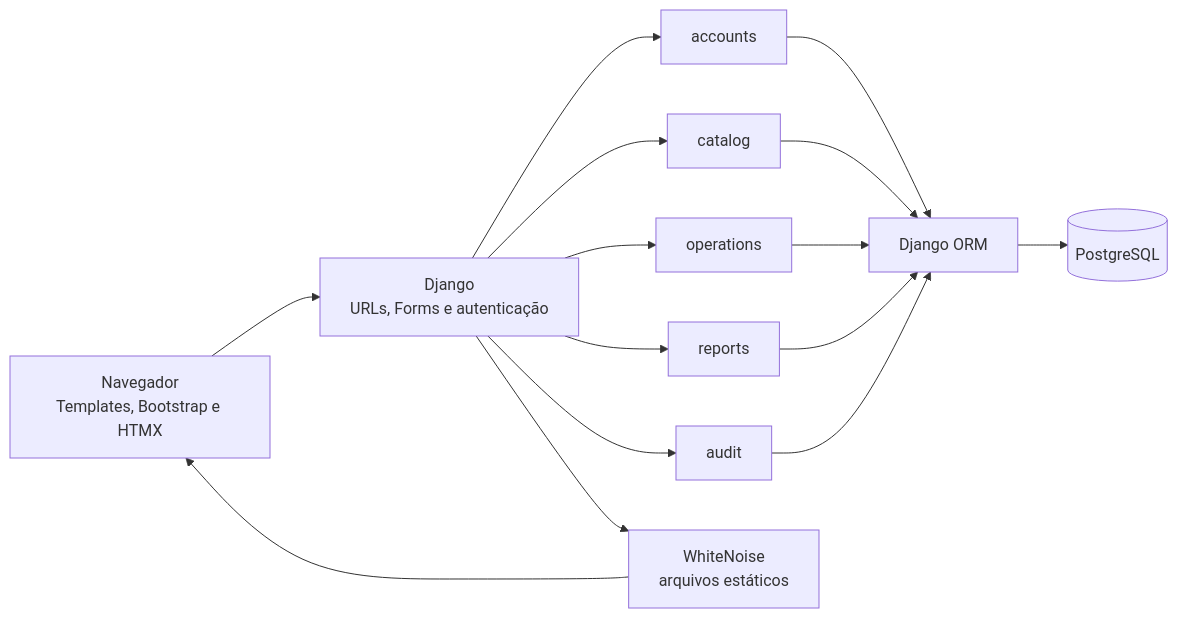
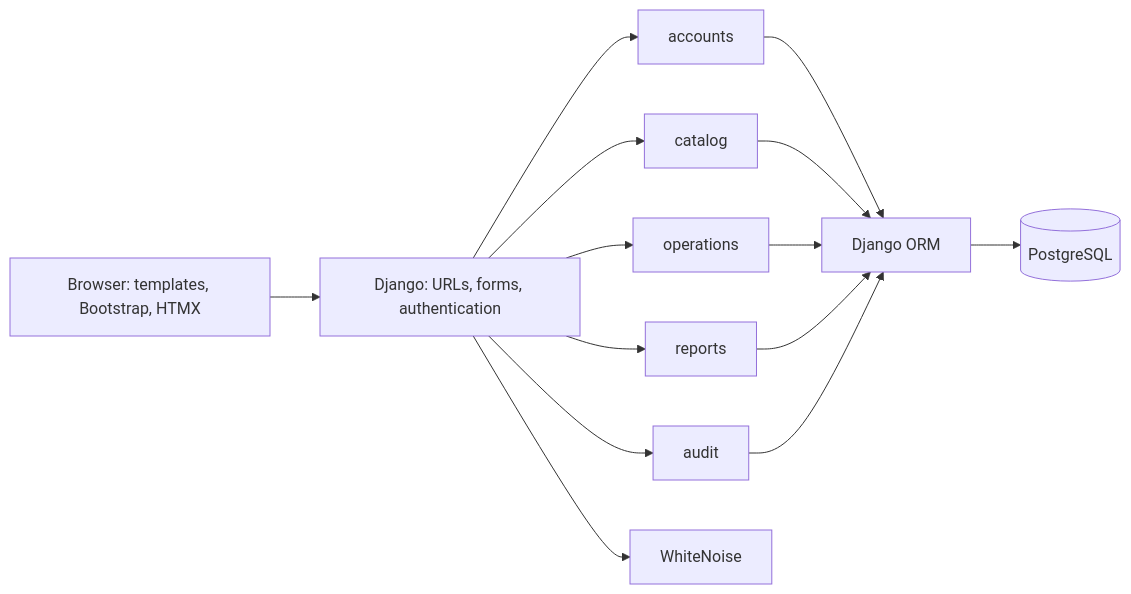
The diagram in README.md (RMBarros-Dev/Olokuti-Digital), drawn with Mermaid before and after one commit. The commit also changed other lines of this file, not shown here.

````diff
--- a/README.md
+++ b/README.md
@@ -84,17 +78,16 @@
 ```mermaid
 flowchart LR
-    Browser[Navegador<br/>Templates, Bootstrap e HTMX] --> Django[Django<br/>URLs, Forms e autenticação]
-    Django --> Accounts[accounts]
-    Django --> Catalog[catalog]
-    Django --> Operations[operations]
-    Django --> Reports[reports]
-    Django --> Audit[audit]
-    Accounts --> ORM[Django ORM]
-    Catalog --> ORM
-    Operations --> ORM
-    Reports --> ORM
-    Audit --> ORM
-    ORM --> PostgreSQL[(PostgreSQL)]
-    Django --> WhiteNoise[WhiteNoise<br/>arquivos estáticos]
-    WhiteNoise --> Browser
+  Browser[Browser: templates, Bootstrap, HTMX] --> Django[Django: URLs, forms, authentication]
+  Django --> Accounts[accounts]
+  Django --> Catalog[catalog]
+  Django --> Operations[operations]
+  Django --> Reports[reports]
+  Django --> Audit[audit]
+  Accounts --> ORM[Django ORM]
+  Catalog --> ORM
+  Operations --> ORM
+  Reports --> ORM
+  Audit --> ORM
+  ORM --> DB[(PostgreSQL)]
+  Django --> Static[WhiteNoise]
 ```
````
